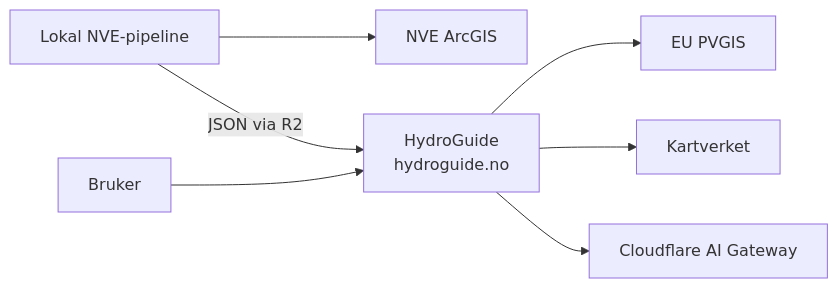
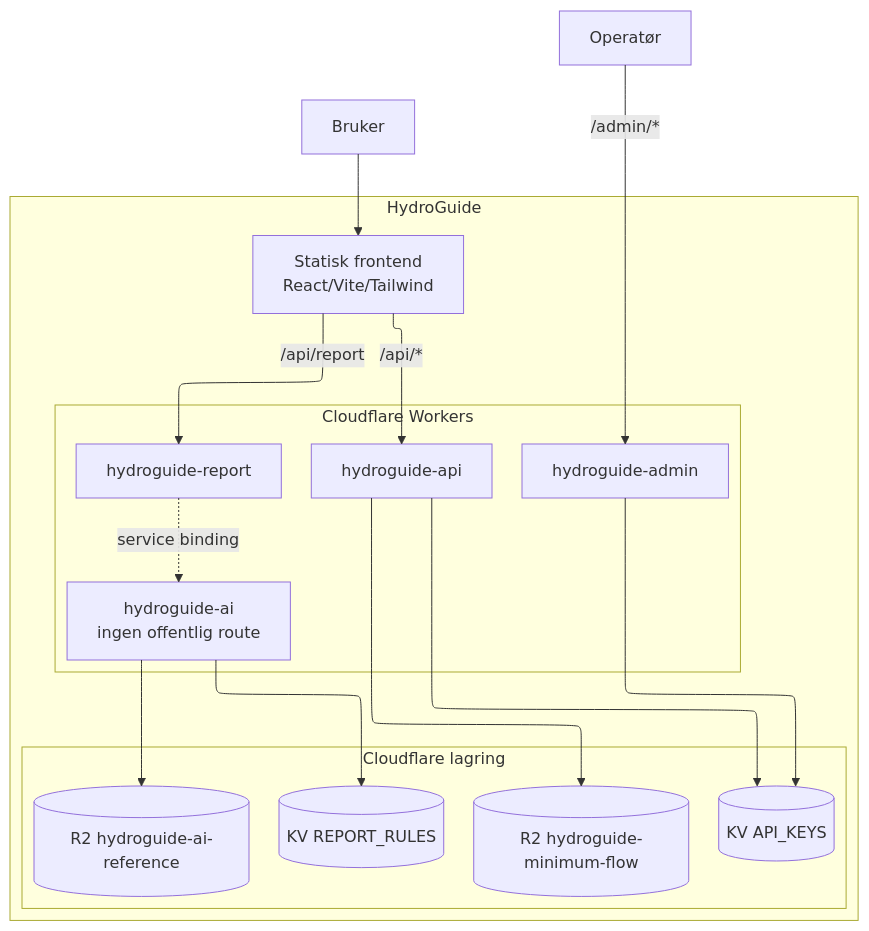
One commit to nikolsen1234-bit/hydroguide changed the diagram in README.md. Above: the diagram before and after it, drawn with Mermaid. The commit also changed 7 other files, not shown here.

````diff
--- a/README.md
+++ b/README.md
@@ -9,16 +9,40 @@
 ```mermaid
-flowchart LR
+---
+config:
+  layout: elk
+---
+flowchart TB
     bruker[Bruker]
-    nve[NVE ArcGIS]
-    pvgis[EU PVGIS]
-    kart[Kartverket]
-    aigw[Cloudflare AI Gateway]
+    operator[Operatør]
 
-    bruker --> hg[HydroGuide<br/>hydroguide.no]
-    hg --> pvgis
-    hg --> kart
-    hg --> aigw
+    subgraph hg[HydroGuide]
+        spa[Statisk frontend<br/>React/Vite/Tailwind]
 
-    pipeline[Lokal NVE-pipeline] --> nve
-    pipeline -->|JSON via R2| hg
+        subgraph workers[Cloudflare Workers]
+            api[hydroguide-api]
+            report[hydroguide-report]
+            ai[hydroguide-ai<br/>ingen offentlig route]
+            admin[hydroguide-admin]
+        end
+
+        subgraph storage[Cloudflare lagring]
+            kvkeys[(KV API_KEYS)]
+            kvrules[(KV REPORT_RULES)]
+            r2flow[(R2 hydroguide-minimum-flow)]
+            r2ref[(R2 hydroguide-ai-reference)]
+        end
+    end
+
+    bruker --> spa
+    spa -->|/api/*| api
+    spa -->|/api/report| report
+    operator -->|/admin/*| admin
+
+    report -.service binding.-> ai
+
+    api --> kvkeys
+    api --> r2flow
+    admin --> kvkeys
+    ai --> kvrules
+    ai --> r2ref
 ```
````
